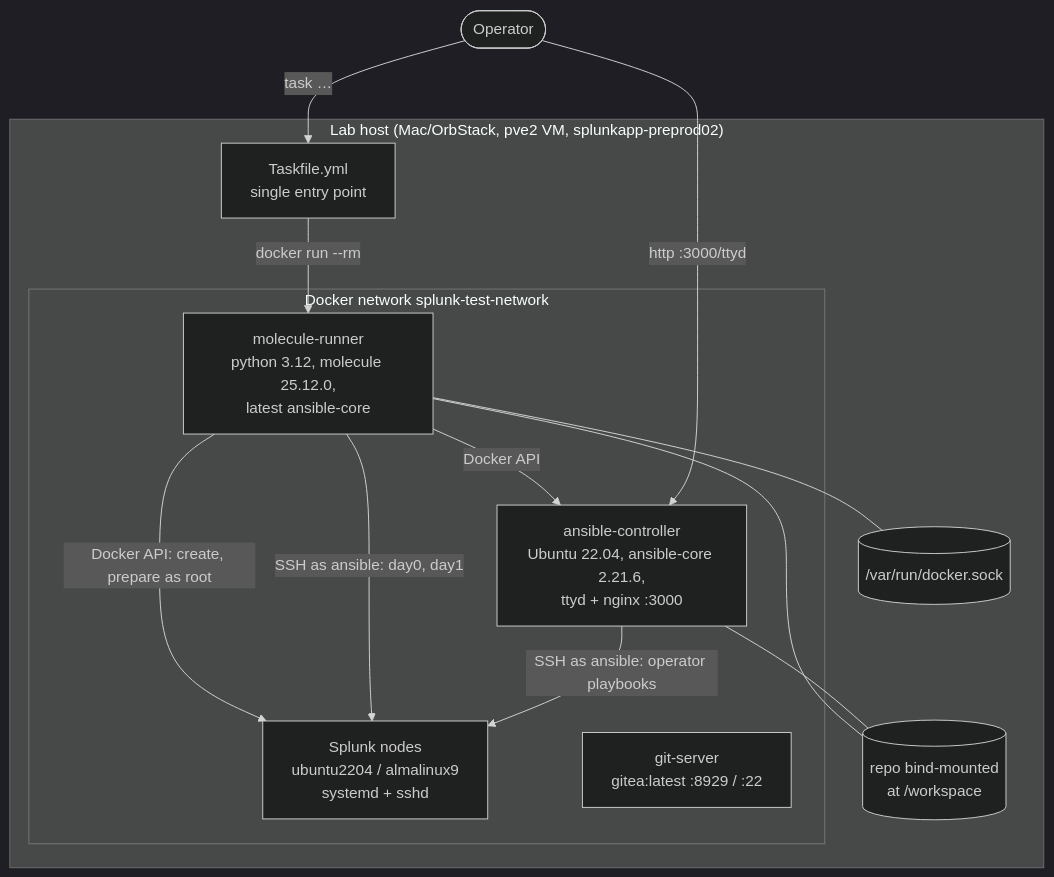
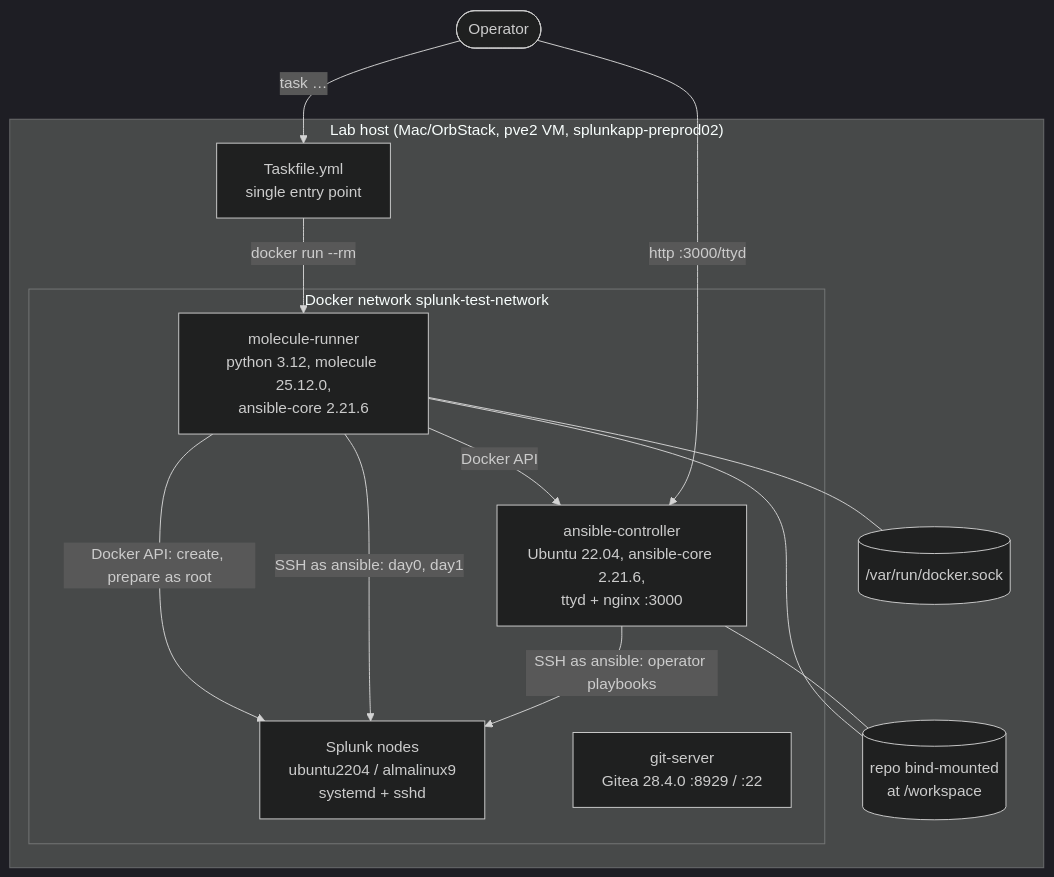
One commit to bayeslearner/ansible-role-for-splunk changed the first of 4 diagrams in docs/specs/05-molecule-virtual-lab/design.md. Above: the diagram before and after it, drawn with Mermaid (dark theme). The commit also changed other lines of this file and 10 other files, not shown here.

````diff
--- a/docs/specs/05-molecule-virtual-lab/design.md
+++ b/docs/specs/05-molecule-virtual-lab/design.md
@@ -17,24 +17,24 @@
 ```mermaid
 flowchart TB
   subgraph host["Lab host (Mac/OrbStack, pve2 VM, splunkapp-preprod02)"]
     task["Taskfile.yml<br/>single entry point"]
     sock[("/var/run/docker.sock")]
     repo[("repo bind-mounted<br/>at /workspace")]
     task -->|docker run --rm| runner
     subgraph net["Docker network splunk-test-network"]
-      runner["molecule-runner<br/>python 3.12, molecule 25.12.0,<br/>latest ansible-core"]
+      runner["molecule-runner<br/>python 3.12, molecule 25.12.0,<br/>ansible-core 2.21.6"]
       ctrl["ansible-controller<br/>Ubuntu 22.04, ansible-core 2.21.6,<br/>ttyd + nginx :3000"]
       n1["Splunk nodes<br/>ubuntu2204 / almalinux9<br/>systemd + sshd"]
-      git["git-server<br/>gitea:latest :8929 / :22"]
+      git["git-server<br/>Gitea 28.4.0 :8929 / :22"]
     end
     runner -->|Docker API: create, prepare as root| n1
     runner -->|Docker API| ctrl
     runner -->|SSH as ansible: day0, day1| n1
     ctrl -->|SSH as ansible: operator playbooks| n1
     runner --- sock
     runner --- repo
     ctrl --- repo
   end
   op(["Operator"]) -->|task …| task
   op -->|http :3000/ttyd| ctrl
 ```
````
